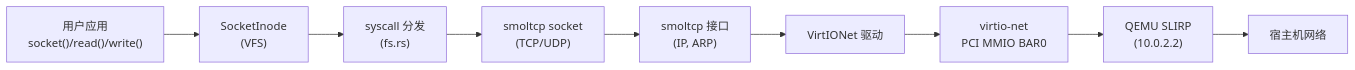
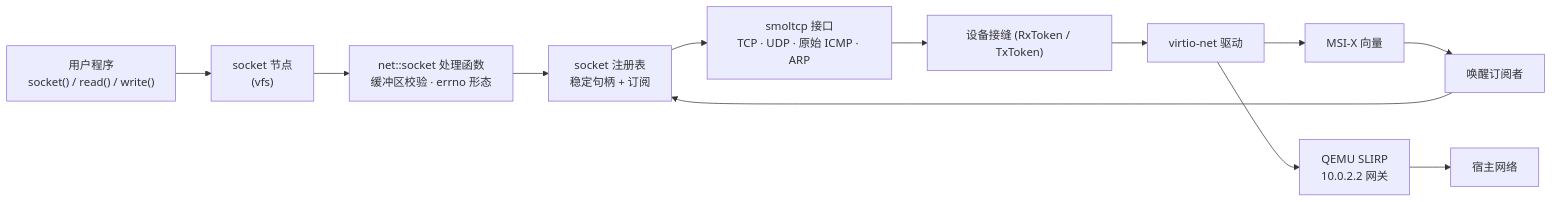
The fifth of 5 diagrams in README.zh.md (sgj123456/MPOS), drawn with Mermaid before and after one commit. The commit also changed other lines of this file and 2 other files, not shown here.

````diff
--- a/README.zh.md
+++ b/README.zh.md
@@ -165,11 +209,14 @@
 ```mermaid
 graph LR
-    A["用户应用<br/>socket()/read()/write()"] --> B["SocketInode<br/>(VFS)"]
-    B --> C["syscall 分发<br/>(fs.rs)"]
-    C --> D["smoltcp socket<br/>(TCP/UDP)"]
-    D --> E["smoltcp 接口<br/>(IP, ARP)"]
-    E --> F["VirtIONet 驱动"]
-    F --> G["virtio-net<br/>PCI MMIO BAR0"]
-    G --> H["QEMU SLIRP<br/>(10.0.2.2)"]
-    H --> I["宿主机网络"]
+    APP["用户程序<br/>socket() / read() / write()"] --> SOCKINODE["socket 节点<br/>(vfs)"]
+    SOCKINODE --> DISPATCH["net::socket 处理函数<br/>缓冲区校验 · errno 形态"]
+    DISPATCH --> REG["socket 注册表<br/>稳定句柄 + 订阅"]
+    REG --> SMOLTCP["smoltcp 接口<br/>TCP · UDP · 原始 ICMP · ARP"]
+    SMOLTCP --> DEVSEAM["设备接缝 (RxToken / TxToken)"]
+    DEVSEAM --> VNETDRV["virtio-net 驱动"]
+    VNETDRV --> MSIX["MSI-X 向量"]
+    VNETDRV --> SLIRP["QEMU SLIRP<br/>10.0.2.2 网关"]
+    SLIRP --> HOST["宿主网络"]
+    MSIX --> WAKE["唤醒订阅者"]
+    WAKE --> REG
 ```
````
